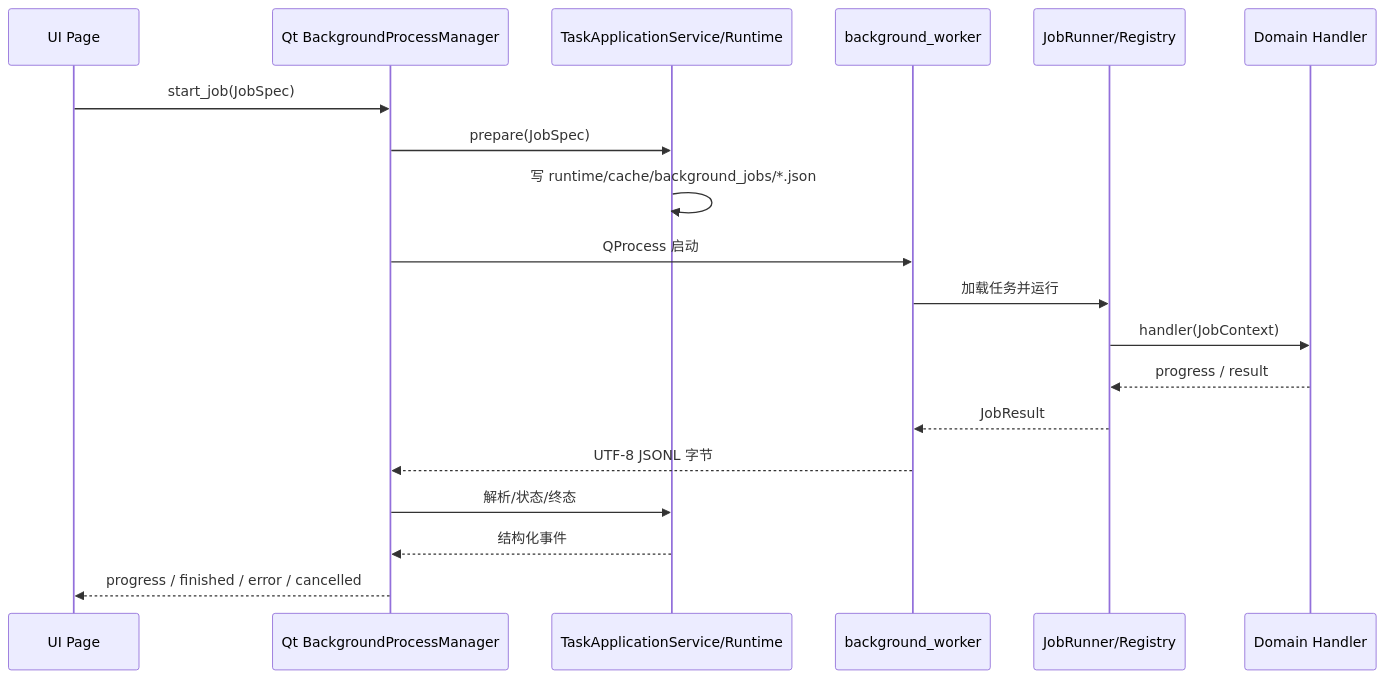
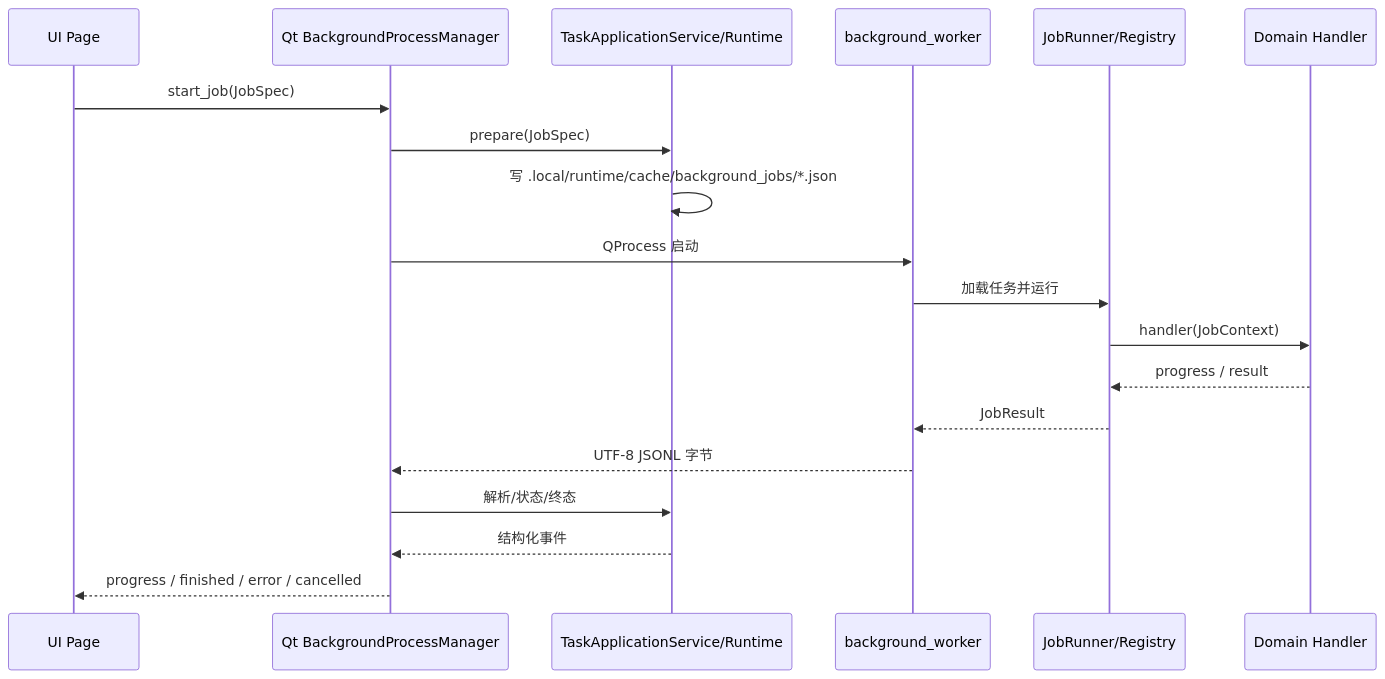
The third of 6 diagrams in docs/ARCHITECTURE.md (wxj183589/NetConsole), drawn with Mermaid before and after one commit. The commit also changed other lines of this file and 694 other files, not shown here.

````diff
--- a/docs/ARCHITECTURE.md
+++ b/docs/ARCHITECTURE.md
@@ -55,21 +55,21 @@
 ```mermaid
 sequenceDiagram
     participant P as UI Page
     participant M as Qt BackgroundProcessManager
     participant T as TaskApplicationService/Runtime
     participant W as background_worker
     participant R as JobRunner/Registry
     participant H as Domain Handler
     P->>M: start_job(JobSpec)
     M->>T: prepare(JobSpec)
-    T->>T: 写 runtime/cache/background_jobs/*.json
+    T->>T: 写 .local/runtime/cache/background_jobs/*.json
     M->>W: QProcess 启动
     W->>R: 加载任务并运行
     R->>H: handler(JobContext)
     H-->>R: progress / result
     R-->>W: JobResult
     W-->>M: UTF-8 JSONL 字节
     M->>T: 解析/状态/终态
     T-->>M: 结构化事件
     M-->>P: progress / finished / error / cancelled
 ```
````
